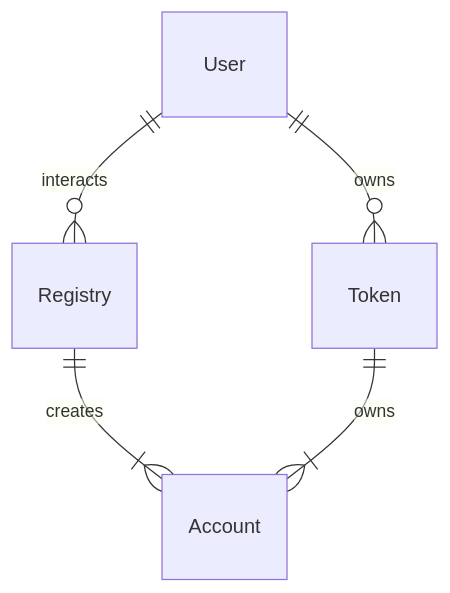
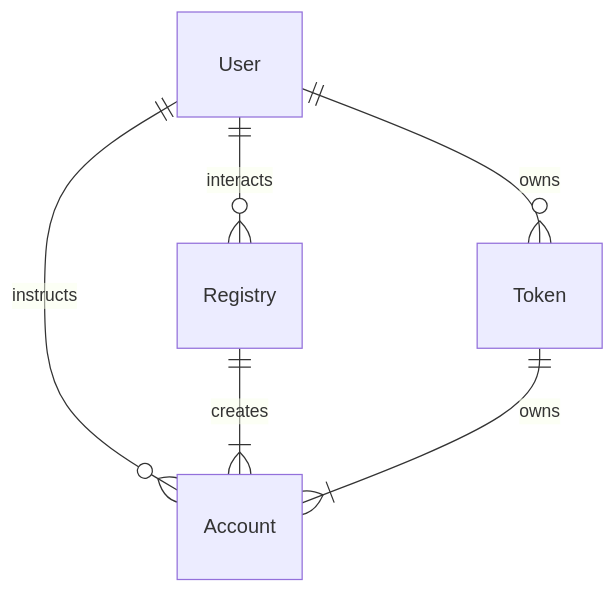
The first of 3 diagrams in README.md (vechain-energy/example-token-bound-accounts), drawn with Mermaid before and after one commit.

Commit message:
Clarify interactions

````diff
--- a/README.md
+++ b/README.md
@@ -12,10 +12,11 @@
 ```mermaid
 erDiagram
 
     User ||--o{ Token : owns
     User ||--o{ Registry : interacts
+    User ||--o{ Account : instructs
 
     Registry ||--|{ Account : creates
 
     Token ||--|{ Account : owns
 ```
````
